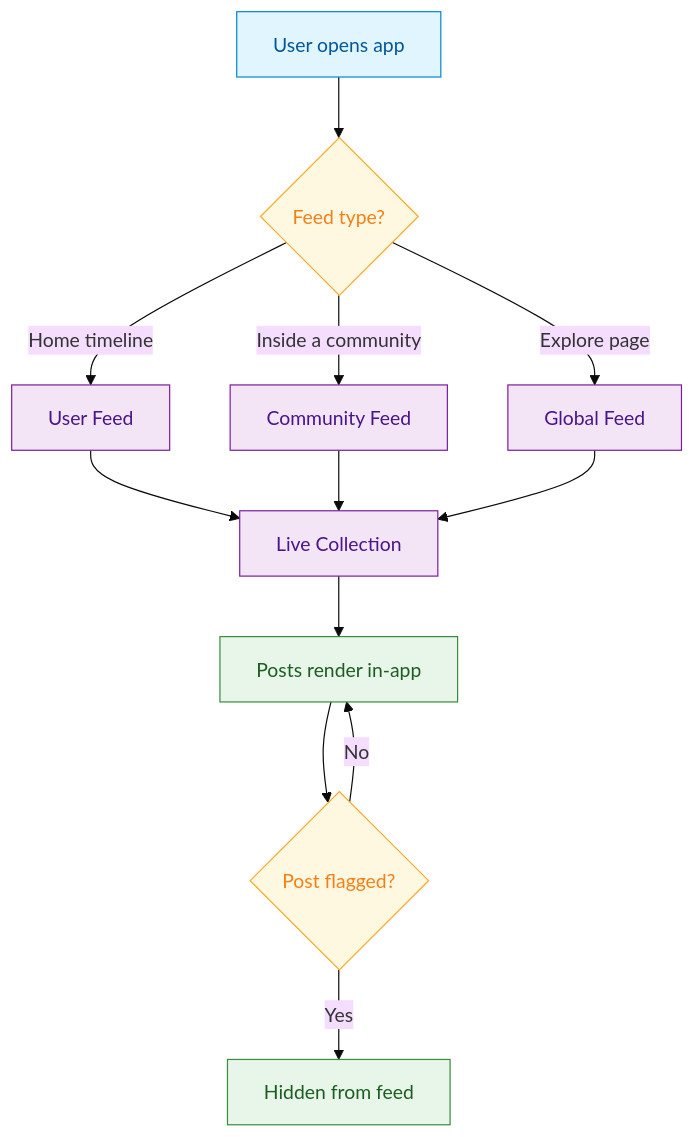
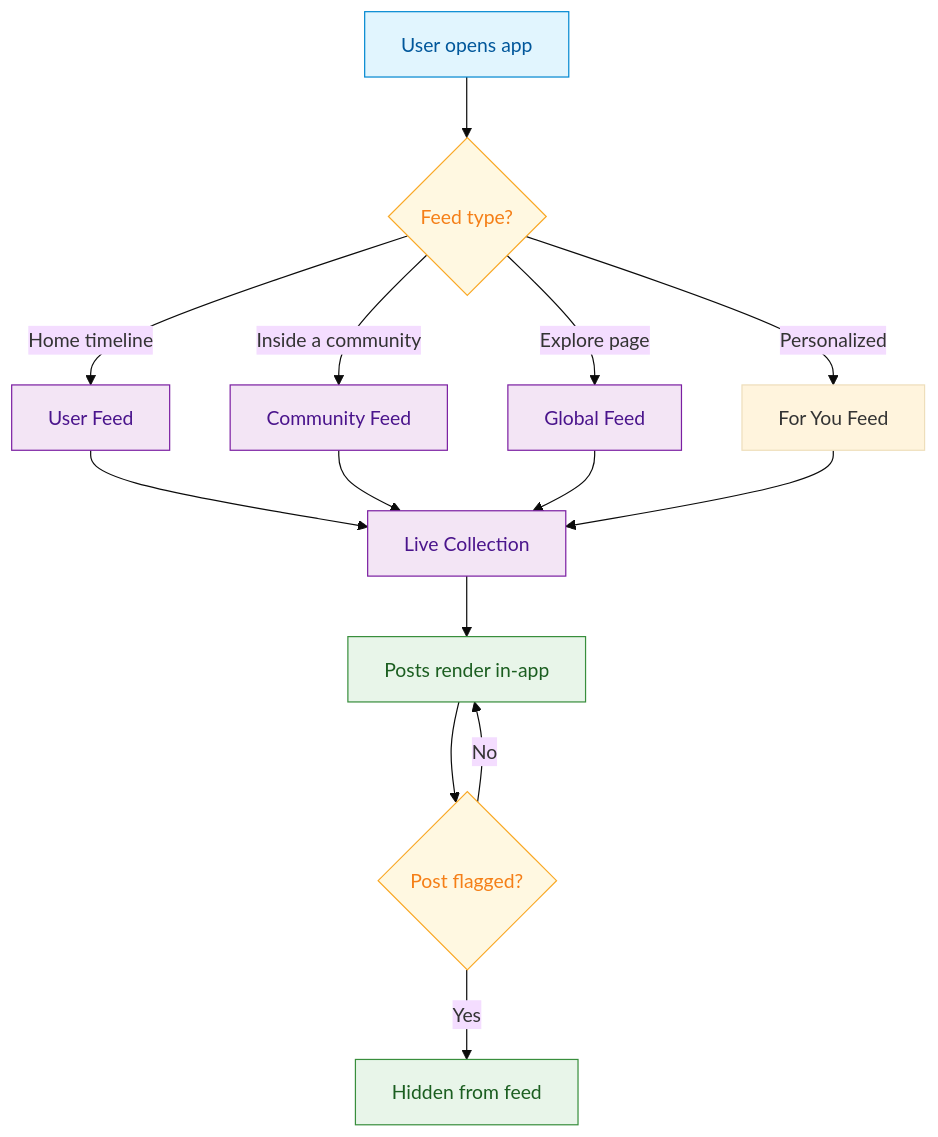
One commit to AmityCo/social-plus-docs changed the diagram in use-cases/social/build-a-social-feed.mdx. Above: the diagram before and after it, drawn with Mermaid (base theme). The commit also changed other lines of this file and 26 other files, not shown here.

Commit message:
docs: cover for you feed, bidirectional block, chat v4, and shareable event links

````diff
--- a/use-cases/social/build-a-social-feed.mdx
+++ b/use-cases/social/build-a-social-feed.mdx
@@ -55,24 +55,26 @@
 ```mermaid
 graph TD
     A[User opens app] --> B{Feed type?}
     B -->|Home timeline| C[User Feed]
     B -->|Inside a community| D[Community Feed]
     B -->|Explore page| E[Global Feed]
+    B -->|Personalized| FY[For You Feed]
     C --> F[Live Collection]
     D --> F
     E --> F
+    FY --> F
     F --> G[Posts render in-app]
     G --> H{Post flagged?}
     H -->|Yes| I[Hidden from feed]
     H -->|No| G
 
     classDef action fill:#e1f5fe,stroke:#0288d1,color:#01579b
     classDef decision fill:#fff8e1,stroke:#f9a825,color:#f57f17
     classDef process fill:#f3e5f5,stroke:#7b1fa2,color:#4a148c
     classDef outcome fill:#e8f5e9,stroke:#388e3c,color:#1b5e20
 
     class A action
     class B,H decision
     class C,D,E,F process
     class G,I outcome
 ```
````
